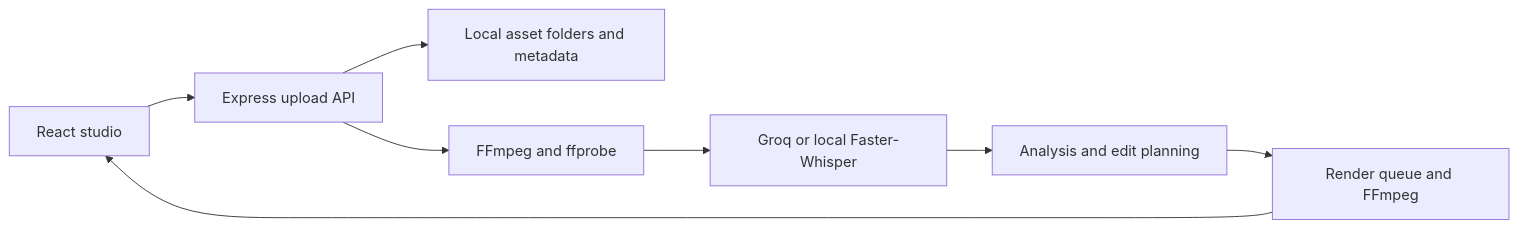
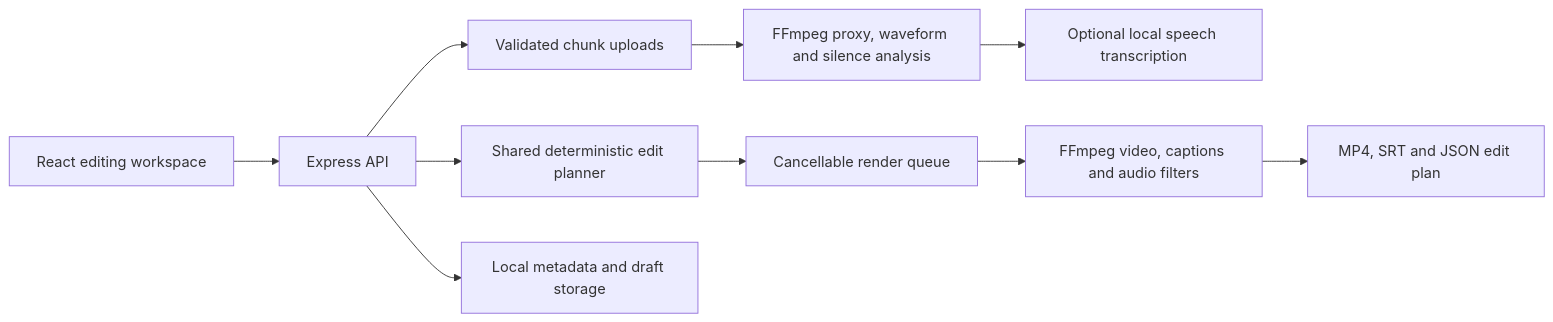
Before and after one commit to akhtarsaleem1/askedits-studio: the diagram in README.md, drawn with Mermaid. The commit also changed other lines of this file and 37 other files, not shown here.

First line of the commit message:
Build the template editing studio with finished MP4 exports (#1)

````diff
--- a/README.md
+++ b/README.md
@@ -40,10 +56,12 @@
-~~~mermaid
+```mermaid
 flowchart LR
-  Studio[React studio] --> API[Express upload API]
-  API --> Store[Local asset folders and metadata]
-  API --> Media[FFmpeg and ffprobe]
-  Media --> Speech[Groq or local Faster-Whisper]
-  Speech --> Plan[Analysis and edit planning]
-  Plan --> Render[Render queue and FFmpeg]
-  Render --> Studio
-~~~
+  UI[React editing workspace] --> API[Express API]
+  API --> Upload[Validated chunk uploads]
+  Upload --> Prepare[FFmpeg proxy, waveform and silence analysis]
+  Prepare --> Speech[Optional local speech transcription]
+  API --> Planner[Shared deterministic edit planner]
+  Planner --> Queue[Cancellable render queue]
+  Queue --> FFmpeg[FFmpeg video, captions and audio filters]
+  FFmpeg --> Artifacts[MP4, SRT and JSON edit plan]
+  API --> Store[Local metadata and draft storage]
+```
````
